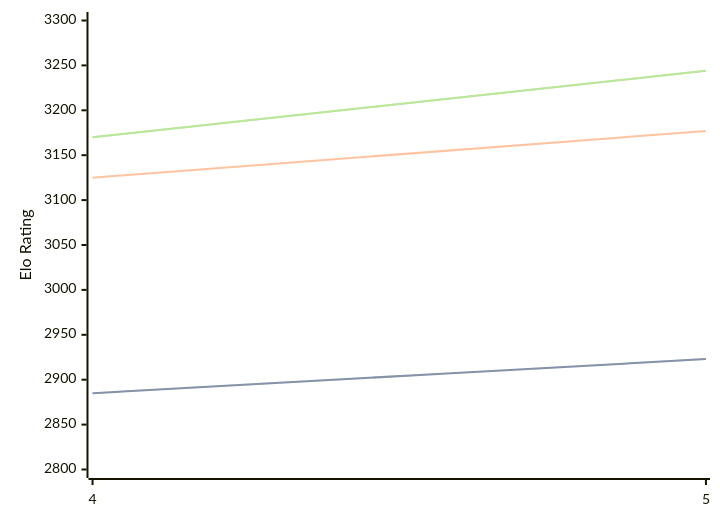
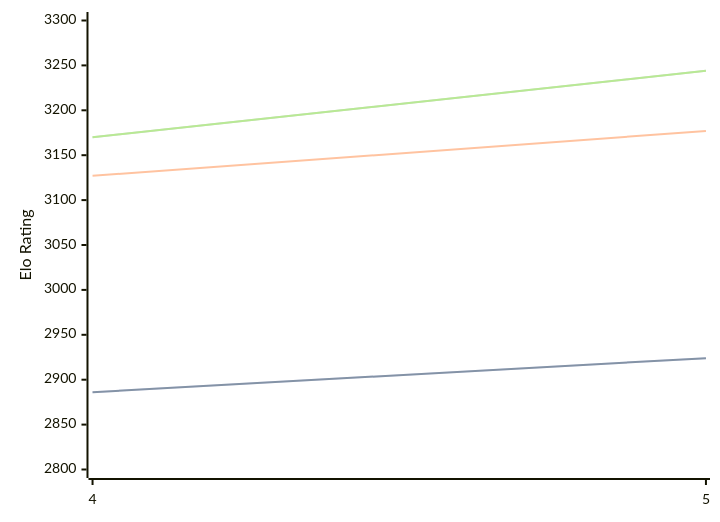
Before and after one commit to computer-chess-index/cci: the diagram in engines/Cwtch.md, drawn with Mermaid. The commit also changed other lines of this file, not shown here.

Commit message:
Update CCI Ratings (ELO VLTC) - 2026-04-25

````diff
--- a/engines/Cwtch.md
+++ b/engines/Cwtch.md
@@ -34,11 +34,11 @@
 ```mermaid
 %%{init: {"theme":"base","themeVariables":{"seriesColors:['#a3a3a3','#222221','#faa371']}}}%%
 xychart-beta
   x-axis ["4", "5"]
   y-axis "Elo Rating" 2800 --> 3300
-  line "STC (8.0+0.08s)" [2885, 2923]
-  line "STC (8.0+0.08s)" [2885, 2923]
-  line "LTC (60.0+0.60s)" [3125, 3177]
+  line "STC (8.0+0.08s)" [2886, 2924]
+  line "STC (8.0+0.08s)" [2886, 2924]
+  line "LTC (60.0+0.60s)" [3127, 3177]
   line "VLTC (2m24s+1.12s)" [3170, 3244]
   line "VLTC (2m24s+1.12s)" [3170, 3244]
 ```
````
